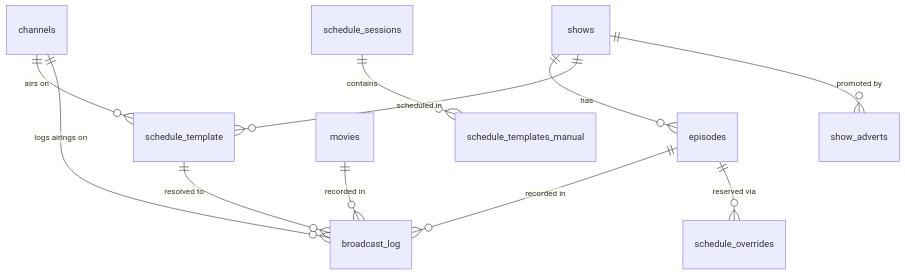
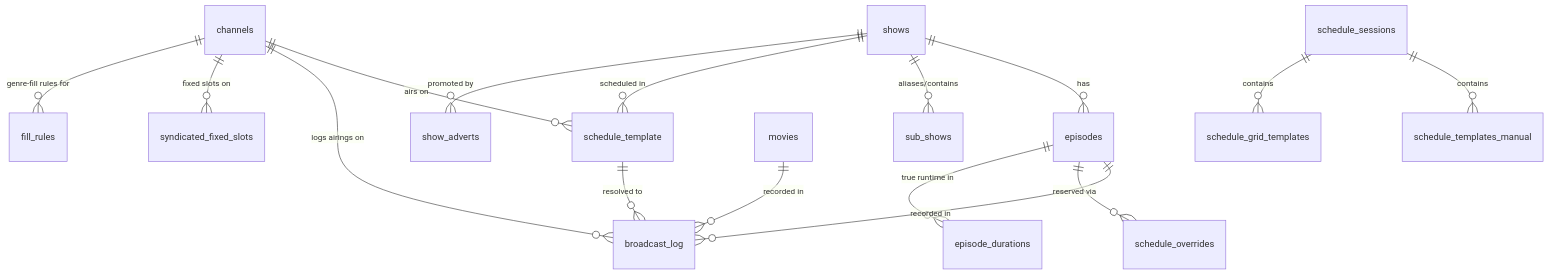
The second of 2 diagrams in README.md (flrogerw/time_traveler), drawn with Mermaid before and after one commit. The commit also changed other lines of this file and 138 other files, not shown here.

````diff
--- a/README.md
+++ b/README.md
@@ -238,13 +244,18 @@
 ```mermaid
 erDiagram
     channels ||--o{ schedule_template : "airs on"
     channels ||--o{ broadcast_log : "logs airings on"
+    channels ||--o{ syndicated_fixed_slots : "fixed slots on"
+    channels ||--o{ fill_rules : "genre-fill rules for"
     shows ||--o{ episodes : "has"
+    shows ||--o{ sub_shows : "aliases/contains"
     shows ||--o{ schedule_template : "scheduled in"
     episodes ||--o{ broadcast_log : "recorded in"
     episodes ||--o{ schedule_overrides : "reserved via"
+    episodes ||--o{ episode_durations : "true runtime in"
     movies ||--o{ broadcast_log : "recorded in"
     schedule_template ||--o{ broadcast_log : "resolved to"
     schedule_sessions ||--o{ schedule_templates_manual : "contains"
+    schedule_sessions ||--o{ schedule_grid_templates : "contains"
     shows ||--o{ show_adverts : "promoted by"
 ```
````
